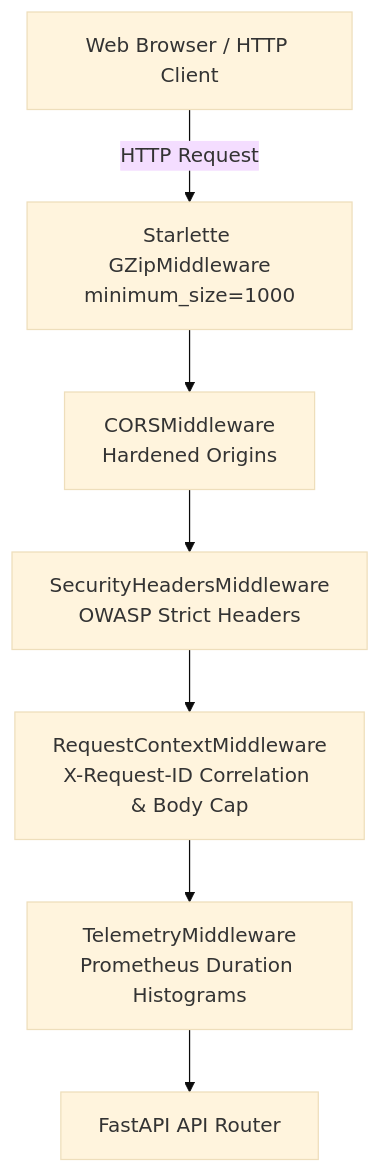
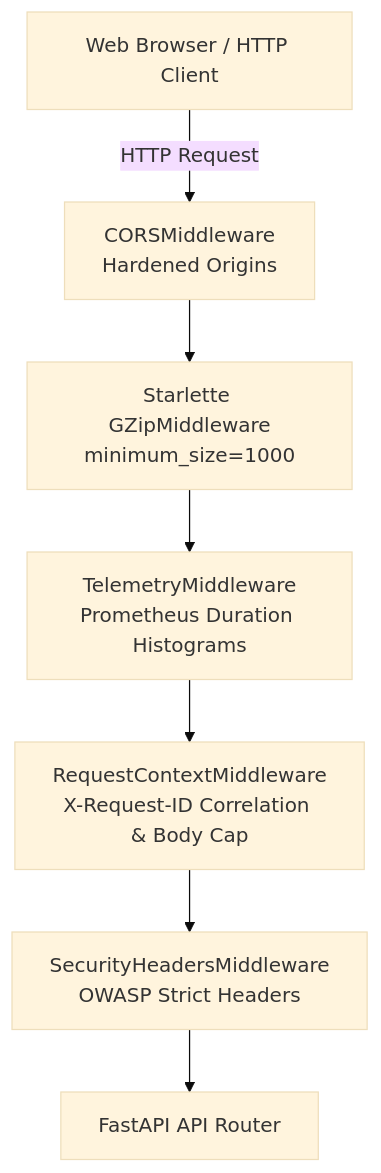
Before and after one commit to VishwamPatel-Infynno/Question-Bank-Generator: the fifth of 15 diagrams in docs/ARCHITECTURE.md, drawn with Mermaid (base theme). The commit also changed other lines of this file and 24 other files, not shown here.

Commit message:
docs: comprehensive documentation synchronization, architecture alignment, and glossary addition

````diff
--- a/docs/ARCHITECTURE.md
+++ b/docs/ARCHITECTURE.md
@@ -133,9 +133,9 @@
 ```mermaid
 graph TD
-    Client[Web Browser / HTTP Client] -->|HTTP Request| GZip[Starlette GZipMiddleware<br>minimum_size=1000]
-    GZip --> CORS[CORSMiddleware<br>Hardened Origins]
-    CORS --> Sec[SecurityHeadersMiddleware<br>OWASP Strict Headers]
-    Sec --> ReqId[RequestContextMiddleware<br>X-Request-ID Correlation & Body Cap]
-    ReqId --> Tel[TelemetryMiddleware<br>Prometheus Duration Histograms]
-    Tel --> Router[FastAPI API Router]
+    Client[Web Browser / HTTP Client] -->|HTTP Request| CORS[CORSMiddleware<br>Hardened Origins]
+    CORS --> GZip[Starlette GZipMiddleware<br>minimum_size=1000]
+    GZip --> Tel[TelemetryMiddleware<br>Prometheus Duration Histograms]
+    Tel --> ReqId[RequestContextMiddleware<br>X-Request-ID Correlation & Body Cap]
+    ReqId --> Sec[SecurityHeadersMiddleware<br>OWASP Strict Headers]
+    Sec --> Router[FastAPI API Router]
 ```
````
